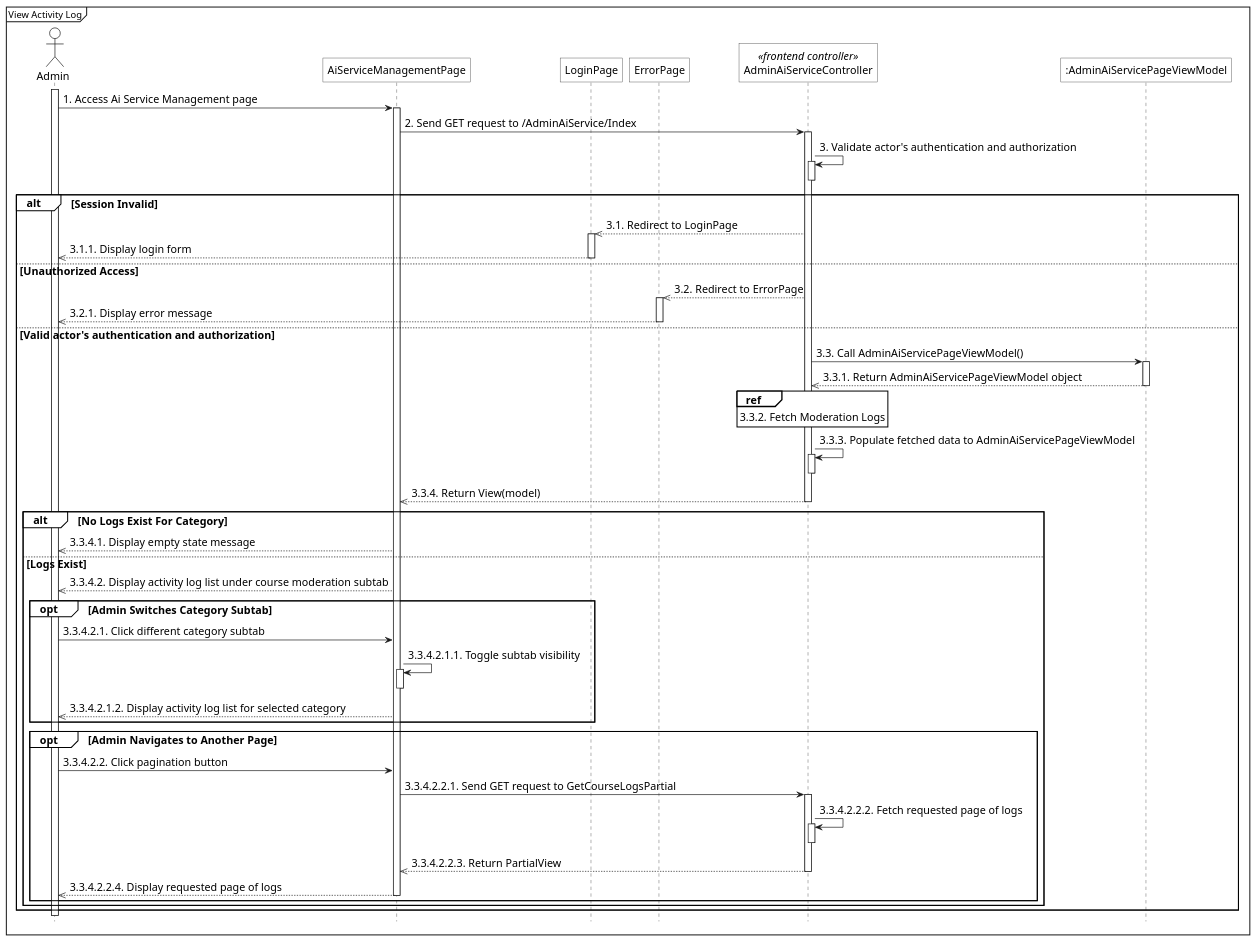
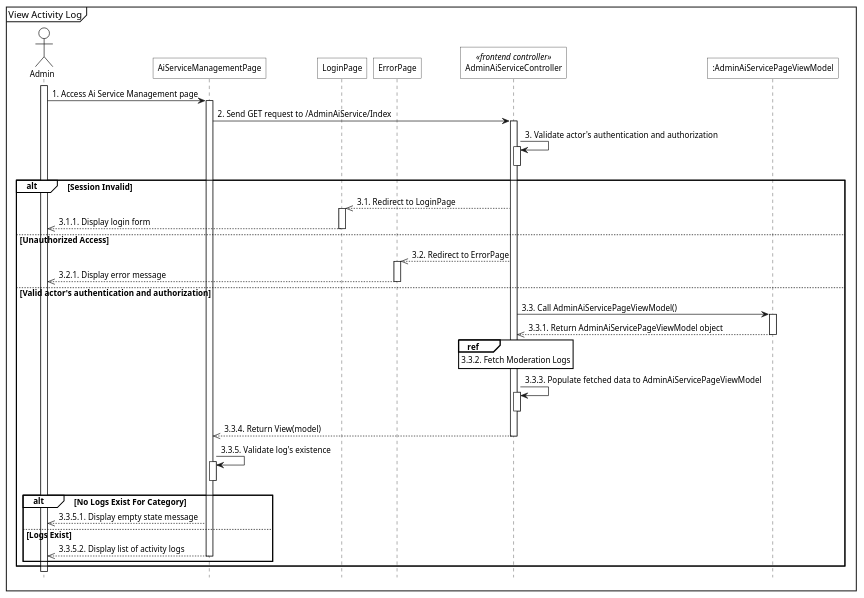
Before and after one commit to 1000do/Linked: the diagram in diagrams/sequence_renumbered/models/view_activity_log/sq_view_activity_log.plantuml, drawn with PlantUML. The commit also changed 153 other files, not shown here.

```diff
--- a/diagrams/sequence_renumbered/models/view_activity_log/sq_view_activity_log.plantuml
+++ b/diagrams/sequence_renumbered/models/view_activity_log/sq_view_activity_log.plantuml
@@ -1,98 +1,85 @@
 @startuml 
 <style>
     sequenceDiagram{
-        FontSize 16
+        FontSize 12
 
         arrow {
             ' Set the maximum width of the text on arrows
             MaximumWidth 300
 
         }
         actor{
             BackgroundColor white
             LineThickness 1.0
         }
         participant{
             BackgroundColor white
             RoundCorner 0
         }
         database{
             BackgroundColor white
         }
         groupHeader{
             BackgroundColor white
         }
         referenceHeader{
             BackgroundColor white
         }
         reference{
             BackgroundColor white
         }
     }
 </style>
 
 hide footbox
 mainframe View Activity Log
 
 actor Admin as act
 participant "AiServiceManagementPage" as view
 participant "LoginPage" as login_view
 participant "ErrorPage" as error_view
 participant "AdminAiServiceController" as fe_ctrl <<frontend controller>>
 participant ":AdminAiServicePageViewModel" as view_model
 ' participant "AdminAiServiceController" as be_ctrl <<backend controller>>
 ' participant ":IAiModerationLogService" as sv
 ' participant ":CourseModerationLogAdminDto" as c_dto
 ' participant ":ReviewModerationLogAdminDto" as r_dto
 ' participant ":ICourseAiUsageLogRepository" as course_repo
 ' participant ":ICourseReviewModerationLogRepository" as course_rev_repo
 ' participant ":ILessonReviewModerationLogRepository" as lesson_rev_repo
 ' participant ":AppDbContext" as ctx
 ' database Database as db
 
 act ++
 act -> view++:1. Access Ai Service Management page
 view -> fe_ctrl++:2. Send GET request to /AdminAiService/Index
 fe_ctrl -> fe_ctrl++:3. Validate actor's authentication and authorization
 fe_ctrl--
 
 alt Session Invalid
     fe_ctrl -->> login_view:3.1. Redirect to LoginPage
     activate login_view
     login_view -->> act--:3.1.1. Display login form
 else Unauthorized Access
     fe_ctrl -->> error_view:3.2. Redirect to ErrorPage
     activate error_view
     error_view -->> act--:3.2.1. Display error message
 else Valid actor's authentication and authorization
     fe_ctrl -> view_model++:3.3. Call AdminAiServicePageViewModel()
     view_model -->> fe_ctrl--:3.3.1. Return AdminAiServicePageViewModel object
     ref over fe_ctrl:3.3.2. Fetch Moderation Logs
     fe_ctrl -> fe_ctrl++:3.3.3. Populate fetched data to AdminAiServicePageViewModel
     fe_ctrl--
     
     fe_ctrl -->> view--:3.3.4. Return View(model)
-    
+    view -> view++:3.3.5. Validate log's existence
+    view--
 alt No Logs Exist For Category
-        view -->> act:3.3.4.1. Display empty state message
+        view -->> act:3.3.5.1. Display empty state message
 else Logs Exist
-        view -->> act:3.3.4.2. Display activity log list under course moderation subtab
+        view -->> act--:3.3.5.2. Display list of activity logs
         
-opt Admin Switches Category Subtab
-            act -> view:3.3.4.2.1. Click different category subtab
-            view -> view++:3.3.4.2.1.1. Toggle subtab visibility
-            view--
-            view -->> act:3.3.4.2.1.2. Display activity log list for selected category
-end
         
-opt Admin Navigates to Another Page
-            act -> view:3.3.4.2.2. Click pagination button
-            view -> fe_ctrl++:3.3.4.2.2.1. Send GET request to GetCourseLogsPartial
-            fe_ctrl -> fe_ctrl++:3.3.4.2.2.2. Fetch requested page of logs
-            fe_ctrl--
-            fe_ctrl -->> view--:3.3.4.2.2.3. Return PartialView
-            view -->> act--:3.3.4.2.2.4. Display requested page of logs
-end
 end
 end
 @enduml
```
